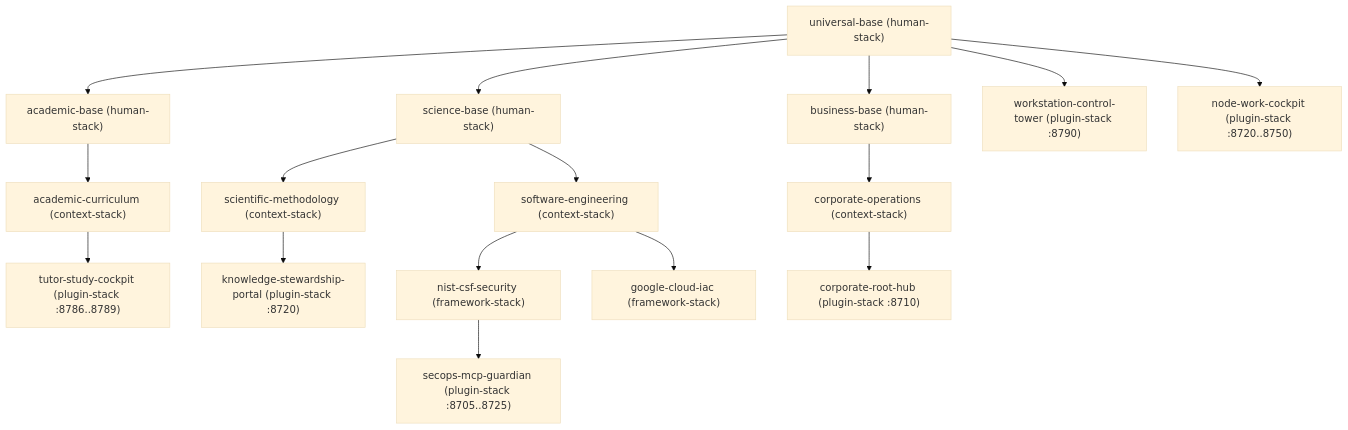
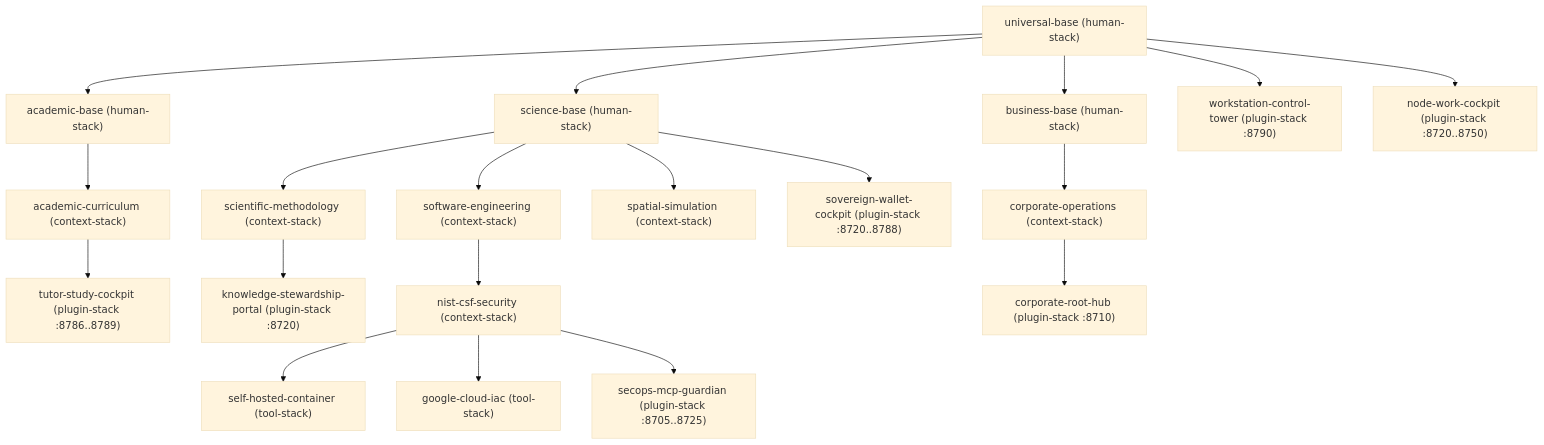
Before and after one commit to mtwuser/zero-cloud-gravity: the diagram in docs/architecture/01_core_and_node_manifest.md, drawn with Mermaid (base theme). The commit also changed other lines of this file and 565 other files, not shown here.

````diff
--- a/docs/architecture/01_core_and_node_manifest.md
+++ b/docs/architecture/01_core_and_node_manifest.md
@@ -64,30 +66,33 @@
 ```mermaid
 flowchart TD
     UB["universal-base (human-stack)"]
     AB["academic-base (human-stack)"]
     SB["science-base (human-stack)"]
     BB["business-base (human-stack)"]
 
     AC["academic-curriculum (context-stack)"]
     SM["scientific-methodology (context-stack)"]
     SE["software-engineering (context-stack)"]
     CO["corporate-operations (context-stack)"]
+    SS["spatial-simulation (context-stack)"]
+    NC["nist-csf-security (context-stack)"]
 
-    NC["nist-csf-security (framework-stack)"]
-    GC["google-cloud-iac (framework-stack)"]
+    SHC["self-hosted-container (tool-stack)"]
+    GC["google-cloud-iac (tool-stack)"]
 
     WCT["workstation-control-tower (plugin-stack :8790)"]
     CRH["corporate-root-hub (plugin-stack :8710)"]
     NWC["node-work-cockpit (plugin-stack :8720..8750)"]
     TSC["tutor-study-cockpit (plugin-stack :8786..8789)"]
     SMG["secops-mcp-guardian (plugin-stack :8705..8725)"]
     KSP["knowledge-stewardship-portal (plugin-stack :8720)"]
+    SWC["sovereign-wallet-cockpit (plugin-stack :8720..8788)"]
 
     UB --> AB & SB & BB & WCT & NWC
     AB --> AC --> TSC
-    SB --> SM & SE
+    SB --> SM & SE & SS & SWC
     SM --> KSP
     BB --> CO --> CRH
-    SE --> NC & GC
-    NC --> SMG
+    SE --> NC
+    NC --> SHC & GC & SMG
 ```
````
